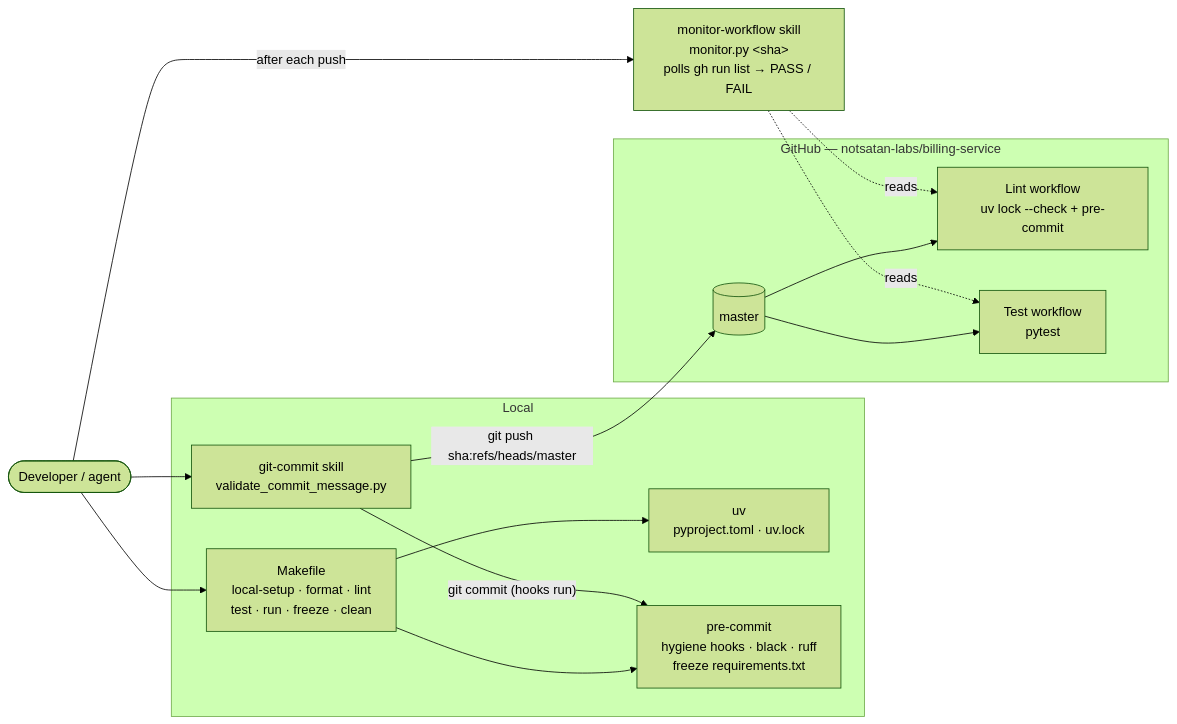
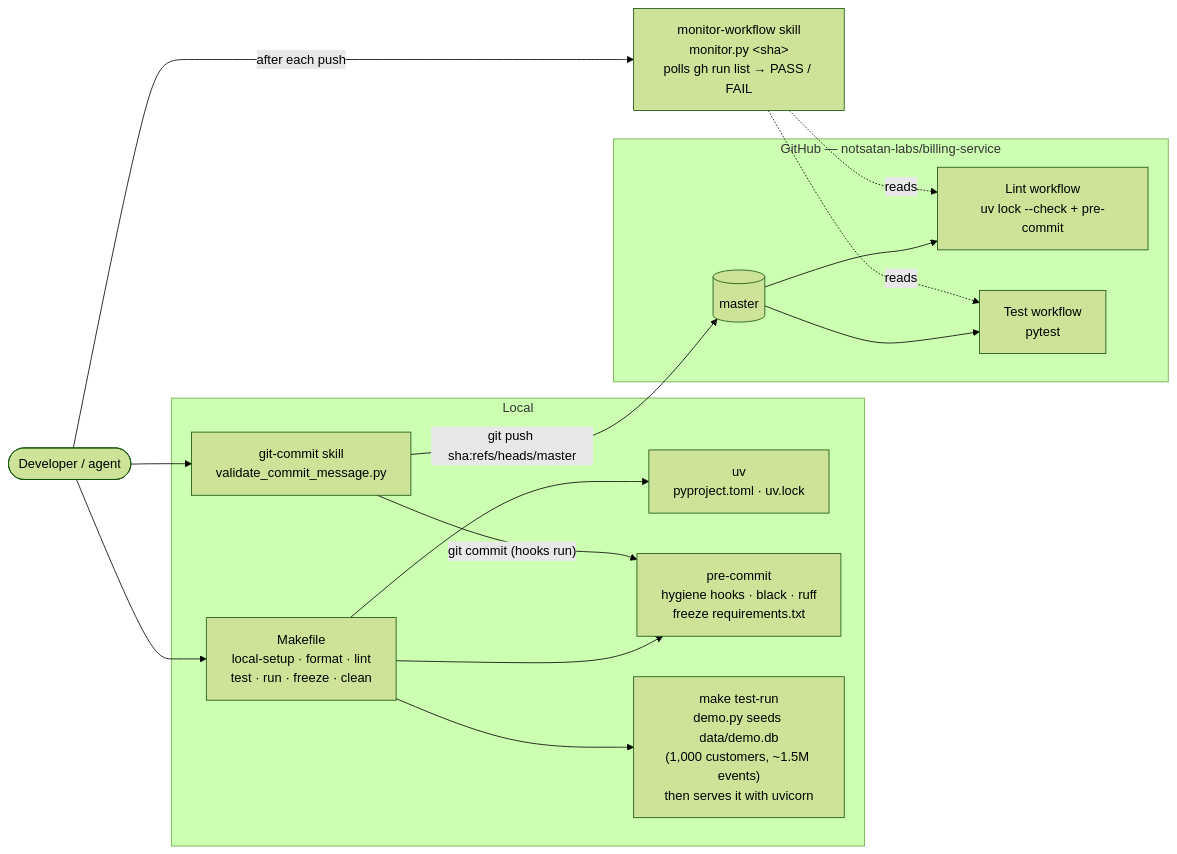
One commit to notsatan-labs/billing-service changed the fourth of 4 diagrams in docs/ARCHITECTURE.md. Above: the diagram before and after it, drawn with Mermaid (forest theme). The commit also changed 4 other files, not shown here.

First line of the commit message:
Feat(Demo): Add make test-run with a Seeded Live Demo Server

````diff
--- a/docs/ARCHITECTURE.md
+++ b/docs/ARCHITECTURE.md
@@ -113,26 +113,28 @@
 ```mermaid
 flowchart LR
     dev([Developer / agent])
     subgraph local["Local"]
         make["Makefile<br/>local-setup · format · lint<br/>test · run · freeze · clean"]
         uv["uv<br/>pyproject.toml · uv.lock"]
         pc["pre-commit<br/>hygiene hooks · black · ruff<br/>freeze requirements.txt"]
         commit["git-commit skill<br/>validate_commit_message.py"]
+        demo["make test-run<br/>demo.py seeds data/demo.db<br/>(1,000 customers, ~1.5M events)<br/>then serves it with uvicorn"]
     end
     subgraph gh["GitHub — notsatan-labs/billing-service"]
         master[(master)]
         lint["Lint workflow<br/>uv lock --check + pre-commit"]
         test["Test workflow<br/>pytest"]
     end
     monitor["monitor-workflow skill<br/>monitor.py &lt;sha&gt;<br/>polls gh run list → PASS / FAIL"]
 
     dev --> make --> uv
     make --> pc
+    make --> demo
     dev --> commit -->|"git commit (hooks run)"| pc
     commit -->|"git push sha:refs/heads/master"| master
     master --> lint
     master --> test
     dev -->|"after each push"| monitor
     monitor -.reads.-> lint
     monitor -.reads.-> test
 ```
````
